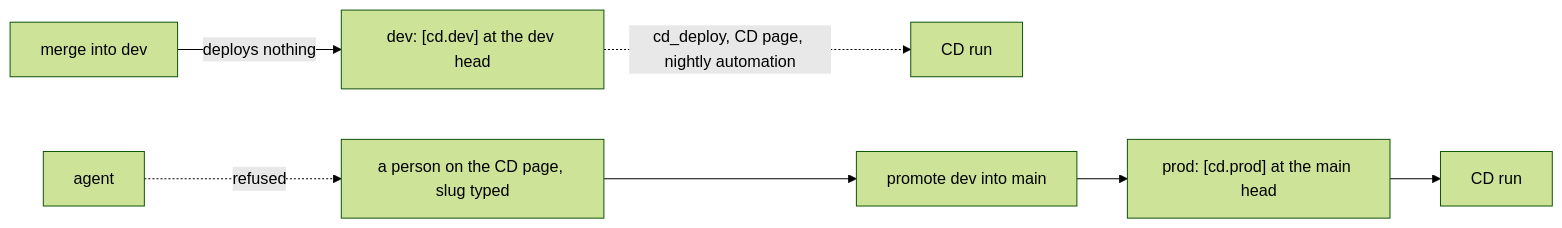
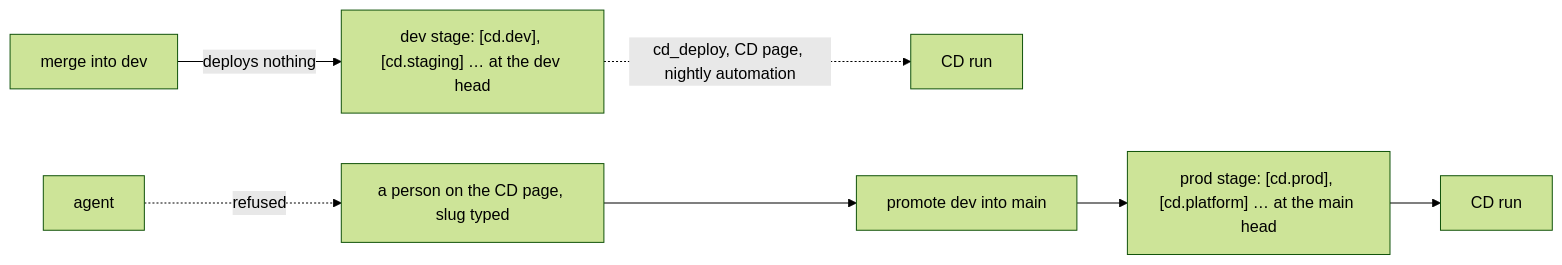
One commit to Quartio-Studio/yulius changed diagram 32 of 54 in docs/architecture.md. Above: the diagram before and after it, drawn with Mermaid (forest theme). The commit also changed other lines of this file and 34 other files, not shown here.

First line of the commit message:
feat(cd): current CI/CD is too strict. Dev/prod is default but we can different prod in ca… (#779)

````diff
--- a/docs/architecture.md
+++ b/docs/architecture.md
@@ -1182,7 +1187,7 @@
 ```mermaid
 flowchart LR
   M["merge into dev"] -->|"deploys nothing"| DEV
-  DEV["dev: [cd.dev] at the dev head"] -.->|"cd_deploy, CD page, nightly automation"| RUN1["CD run"]
-  P["a person on the CD page, slug typed"] --> PROMO["promote dev into main"] --> PROD["prod: [cd.prod] at the main head"] --> RUN2["CD run"]
+  DEV["dev stage: [cd.dev], [cd.staging] … at the dev head"] -.->|"cd_deploy, CD page, nightly automation"| RUN1["CD run"]
+  P["a person on the CD page, slug typed"] --> PROMO["promote dev into main"] --> PROD["prod stage: [cd.prod], [cd.platform] … at the main head"] --> RUN2["CD run"]
   AG["agent"] -.->|"refused"| P
 ```
````
